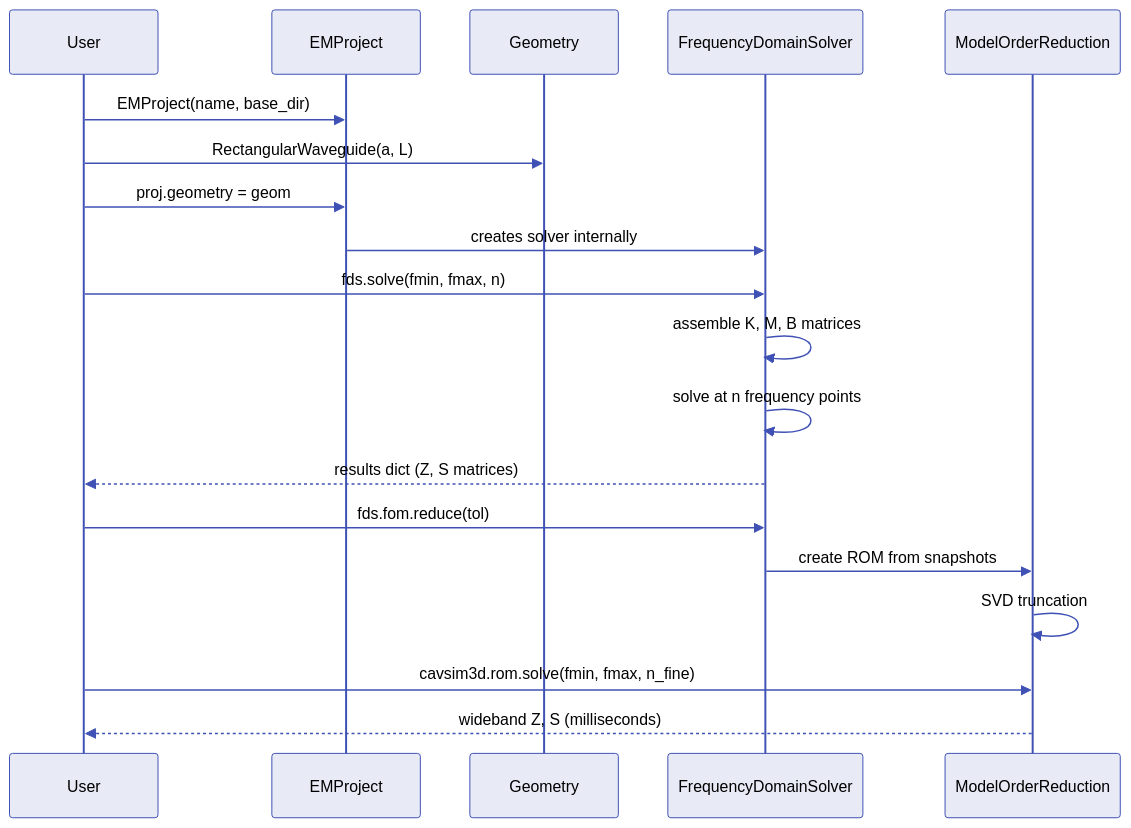
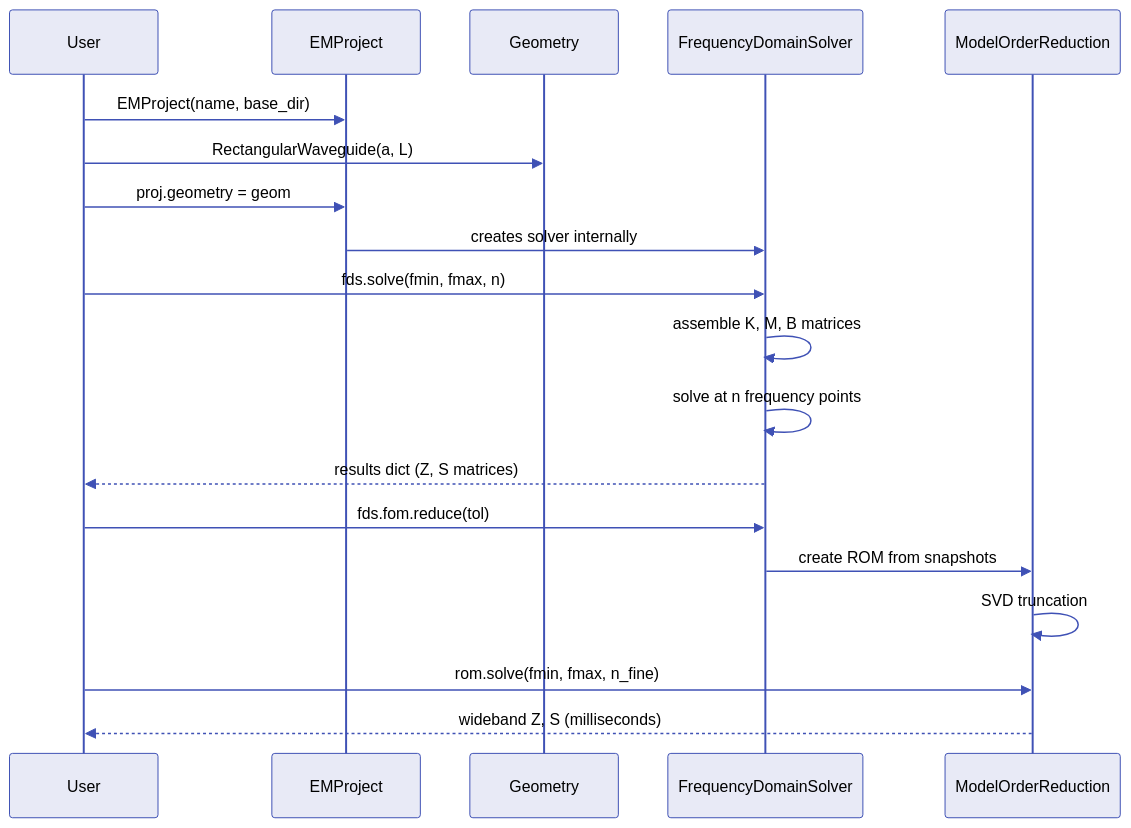
The fifth of 6 diagrams in docs/architecture.md (Dark-Elektron/cavsim3d), drawn with Mermaid before and after one commit. The commit also changed other lines of this file and 13 other files, not shown here.

````diff
--- a/docs/architecture.md
+++ b/docs/architecture.md
@@ -123,23 +123,23 @@
 ```mermaid
 %%{init: {'theme': 'base', 'themeVariables': {'fontSize': '13px', 'actorBkg': '#e8eaf6', 'actorBorder': '#3f51b5', 'actorTextColor': '#000', 'signalColor': '#3f51b5', 'signalTextColor': '#000', 'labelBoxBkgColor': '#e8eaf6', 'labelBoxBorderColor': '#3f51b5', 'labelTextColor': '#000', 'loopTextColor': '#000', 'noteBkgColor': '#fff9c4', 'noteBorderColor': '#f9a825', 'noteTextColor': '#000', 'activationBkgColor': '#c5cae9', 'activationBorderColor': '#3f51b5', 'sequenceNumberColor': '#fff'}}}%%
 sequenceDiagram
     participant User
     participant EMProject
     participant Geometry
     participant FDS as FrequencyDomainSolver
     participant MOR as ModelOrderReduction
 
     User->>EMProject: EMProject(name, base_dir)
     User->>Geometry: RectangularWaveguide(a, L)
     User->>EMProject: proj.geometry = geom
     EMProject->>FDS: creates solver internally
     User->>FDS: fds.solve(fmin, fmax, n)
     FDS->>FDS: assemble K, M, B matrices
     FDS->>FDS: solve at n frequency points
     FDS-->>User: results dict (Z, S matrices)
     User->>FDS: fds.fom.reduce(tol)
     FDS->>MOR: create ROM from snapshots
     MOR->>MOR: SVD truncation
-    User->>MOR: cavsim3d.rom.solve(fmin, fmax, n_fine)
+    User->>MOR: rom.solve(fmin, fmax, n_fine)
     MOR-->>User: wideband Z, S (milliseconds)
 ```
````
